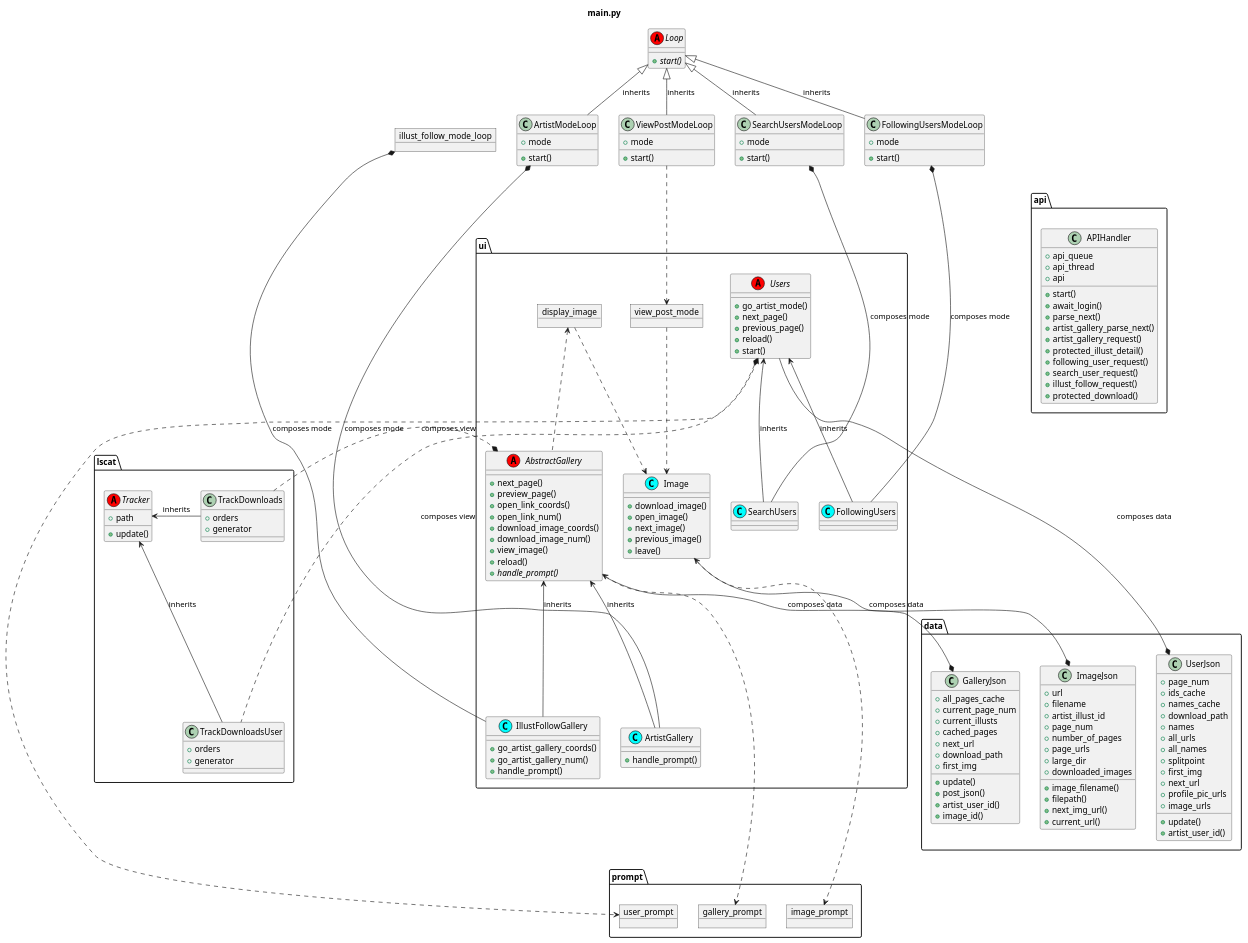
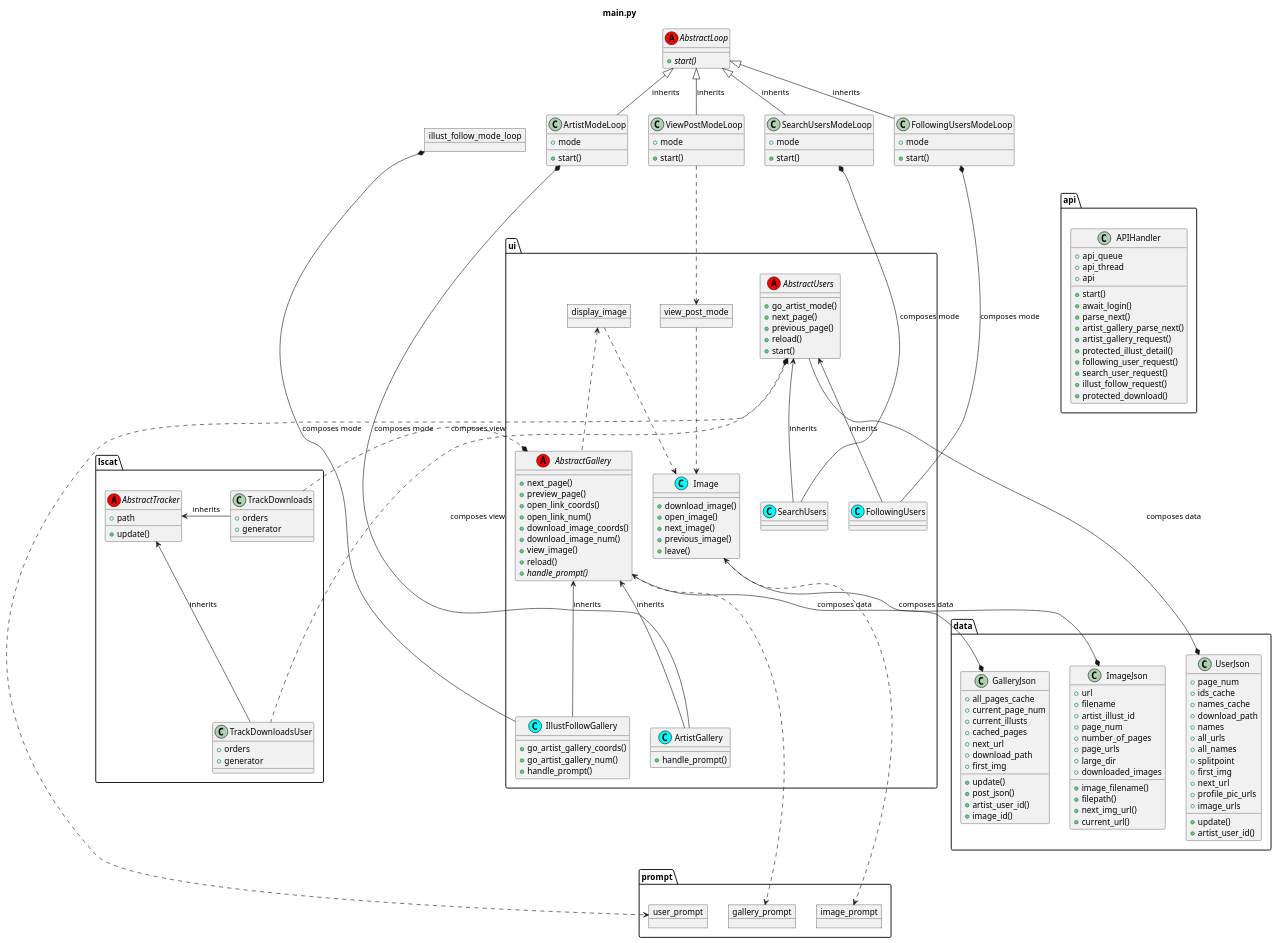
One commit to akazukin5151/koneko changed the diagram in puml/classes.puml. Above: the diagram before and after it, drawn with PlantUML. The commit also changed 1 other file, not shown here.

```diff
--- a/puml/classes.puml
+++ b/puml/classes.puml
@@ -2,7 +2,7 @@
 
 title main.py
 
-abstract class Loop <<(A, red)>>{
+abstract class AbstractLoop <<(A, red)>>{
   +{abstract}start()
 }
 
@@ -12,8 +12,8 @@
 }
 object illust_follow_mode_loop
 
-Loop <|-down- ArtistModeLoop: inherits
-Loop <|-down[hidden]- illust_follow_mode_loop: inherits
+AbstractLoop <|-down- ArtistModeLoop: inherits
+AbstractLoop <|-down[hidden]- illust_follow_mode_loop: inherits
 illust_follow_mode_loop -right[hidden]-> ViewPostModeLoop
 illust_follow_mode_loop -right[hidden]-> ArtistModeLoop
 ViewPostModeLoop -left[hidden]-> ArtistModeLoop
@@ -66,7 +66,7 @@
     + leave()
 }
 
-Loop <|-down- ViewPostModeLoop: inherits
+AbstractLoop <|-down- ViewPostModeLoop: inherits
 ViewPostModeLoop ..> view_post_mode
 view_post_mode ..> ui.Image
 display_image ..> ui.Image
@@ -81,25 +81,25 @@
     + mode
     +start()
 }
-Loop <|-down- FollowingUsersModeLoop: inherits
-Loop <|-down- SearchUsersModeLoop: inherits
+AbstractLoop <|-down- FollowingUsersModeLoop: inherits
+AbstractLoop <|-down- SearchUsersModeLoop: inherits
 
 class ui.FollowingUsers <<(C, cyan)>>
 class ui.SearchUsers <<(C, cyan)>>
-abstract class ui.Users <<(A, red)>>{
+abstract class ui.AbstractUsers <<(A, red)>>{
     +go_artist_mode()
     +next_page()
     +previous_page()
     +reload()
     +start()
 }
-ui.Users <-down- ui.FollowingUsers: inherits
-ui.Users <-down- ui.SearchUsers: inherits
+ui.AbstractUsers <-down- ui.FollowingUsers: inherits
+ui.AbstractUsers <-down- ui.SearchUsers: inherits
 FollowingUsersModeLoop*-down- ui.FollowingUsers: composes mode
 SearchUsersModeLoop*-down- ui.SearchUsers: composes mode
 
 
-abstract class lscat.Tracker <<(A, red)>>{
+abstract class lscat.AbstractTracker <<(A, red)>>{
     + path
     +update()
 }
@@ -112,10 +112,10 @@
     + generator
 }
 
-lscat.Tracker <- lscat.TrackDownloadsUser: inherits
-lscat.Tracker <- lscat.TrackDownloads: inherits
+lscat.AbstractTracker <- lscat.TrackDownloadsUser: inherits
+lscat.AbstractTracker <- lscat.TrackDownloads: inherits
 
-ui.Users*.down. lscat.TrackDownloadsUser: composes view
+ui.AbstractUsers*.down. lscat.TrackDownloadsUser: composes view
 ui.AbstractGallery*.up lscat.TrackDownloads: composes view
 
 lscat.TrackDownloadsUser -up[hidden]-> lscat.TrackDownloads
@@ -123,7 +123,7 @@
 
 package prompt {
     object user_prompt
-    ui.Users <..> user_prompt
+    ui.AbstractUsers <..> user_prompt
 
     object gallery_prompt
     ui.AbstractGallery <.down.> gallery_prompt
@@ -179,7 +179,7 @@
 
 data.GalleryJson *-up- ui.AbstractGallery: composes data
 data.ImageJson *-up- ui.Image: composes data
-data.UserJson *-up- ui.Users: composes data
+data.UserJson *-up- ui.AbstractUsers: composes data
 
 
 class api.APIHandler {
@@ -198,6 +198,6 @@
     +protected_download()
 }
 
-api.APIHandler -right[hidden]-> ui.Users
+api.APIHandler -right[hidden]-> ui.AbstractUsers
 
 @enduml
```
